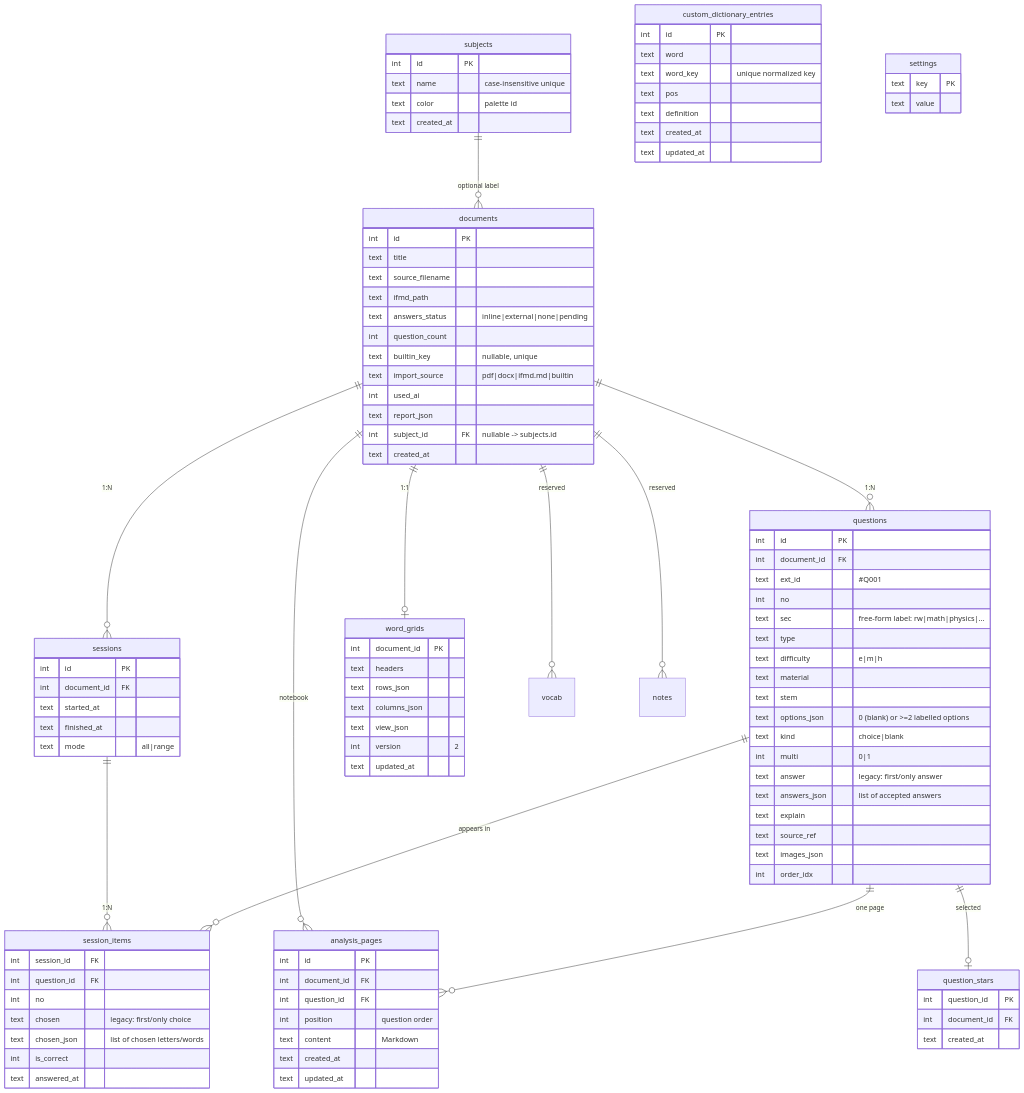
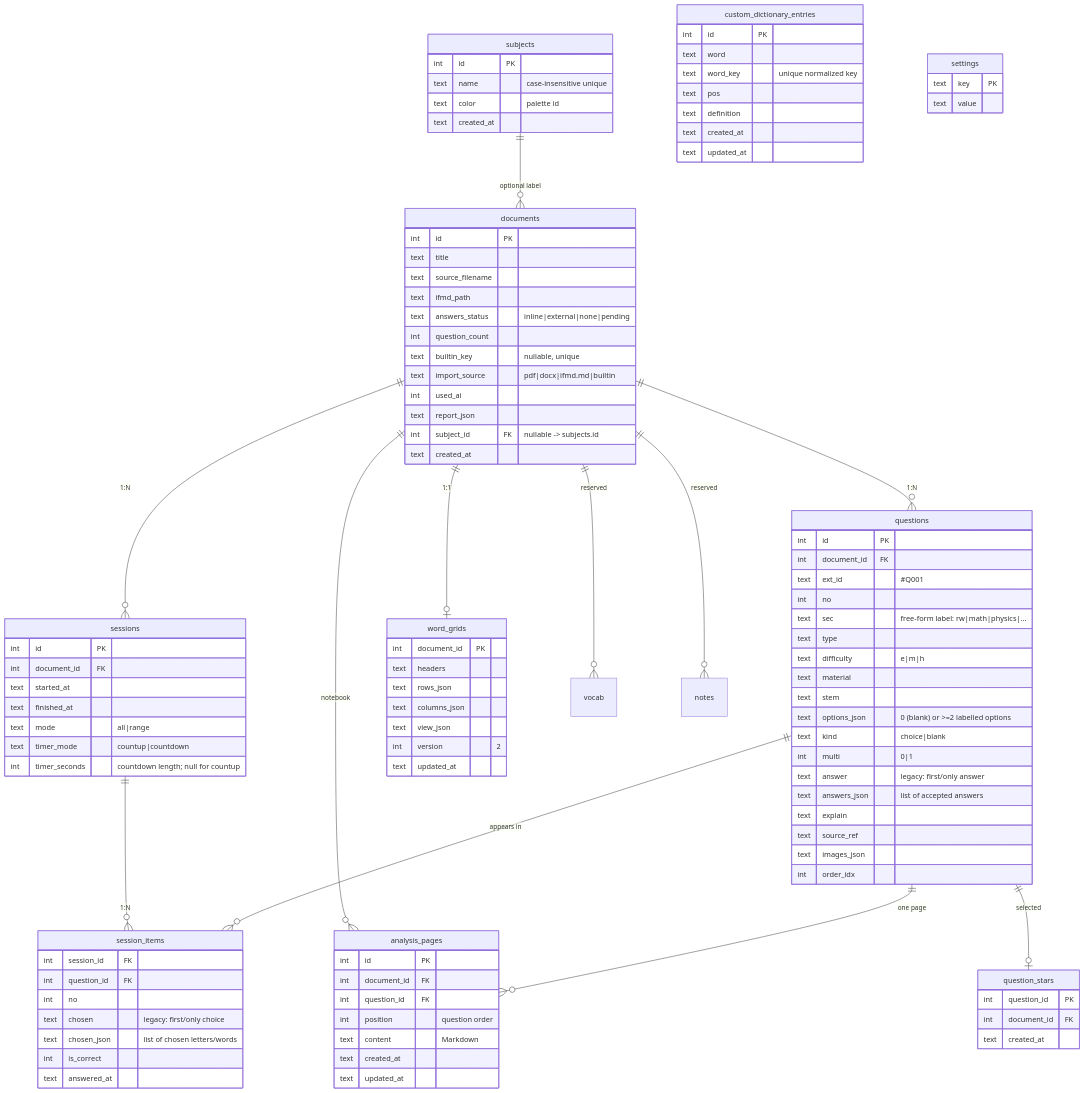
The second of 2 diagrams in docs/ARCHITECTURE.md (JasonSun2009CN/InteFlow), drawn with Mermaid before and after one commit. The commit also changed other lines of this file and 55 other files, not shown here.

```diff
--- a/docs/ARCHITECTURE.md
+++ b/docs/ARCHITECTURE.md
@@ -161,6 +161,8 @@
     text started_at
     text finished_at
     text mode "all|range"
+    text timer_mode "countup|countdown"
+    int timer_seconds "countdown length; null for countup"
   }
   session_items {
     int session_id FK
```
